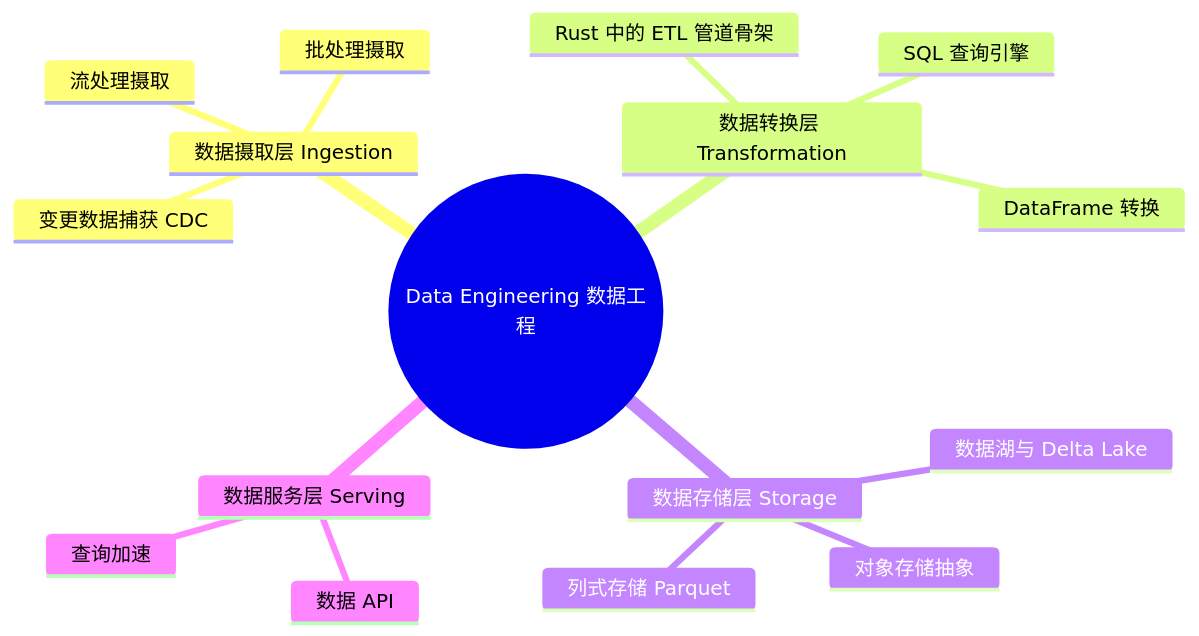
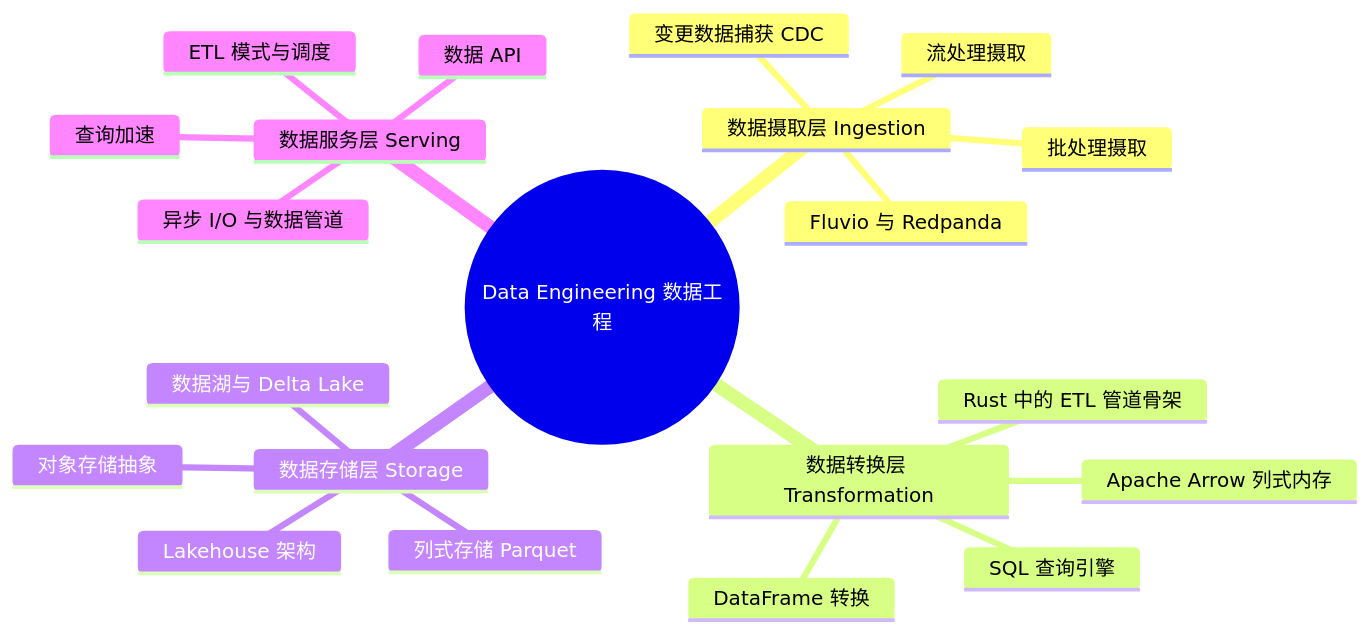
Before and after one commit to martin-ly/rust-lang: the diagram in concept/06_ecosystem/06_data_and_distributed/05_data_engineering.md, drawn with Mermaid. The commit also changed other lines of this file and 150 other files, not shown here.

````diff
--- a/concept/06_ecosystem/06_data_and_distributed/05_data_engineering.md
+++ b/concept/06_ecosystem/06_data_and_distributed/05_data_engineering.md
@@ -1010,19 +1185,24 @@
 ```mermaid
 mindmap
   root((Data Engineering 数据工程))
     数据摄取层 Ingestion
       批处理摄取
       流处理摄取
       变更数据捕获 CDC
+      Fluvio 与 Redpanda
     数据转换层 Transformation
       DataFrame 转换
       SQL 查询引擎
       Rust 中的 ETL 管道骨架
+      Apache Arrow 列式内存
     数据存储层 Storage
       列式存储 Parquet
       对象存储抽象
       数据湖与 Delta Lake
+      Lakehouse 架构
     数据服务层 Serving
       查询加速
       数据 API
+      异步 I/O 与数据管道
+      ETL 模式与调度
 ```
````
